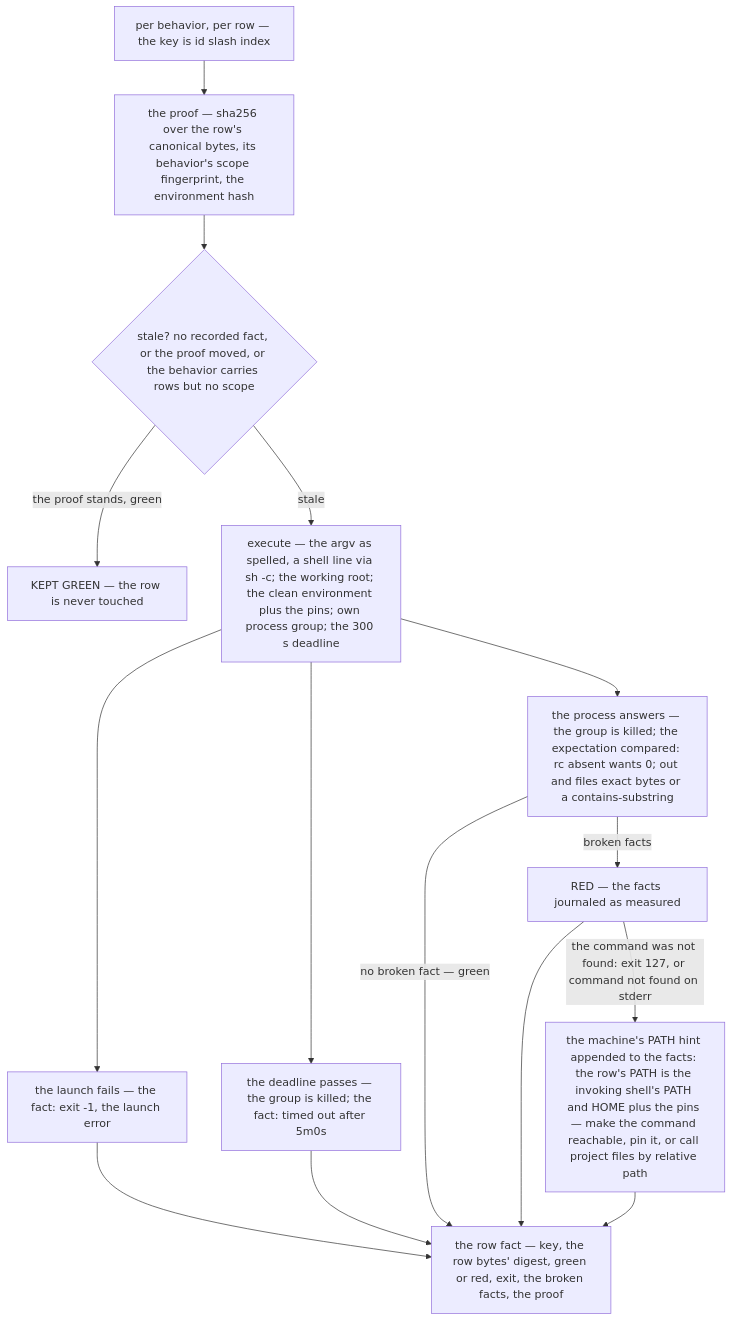
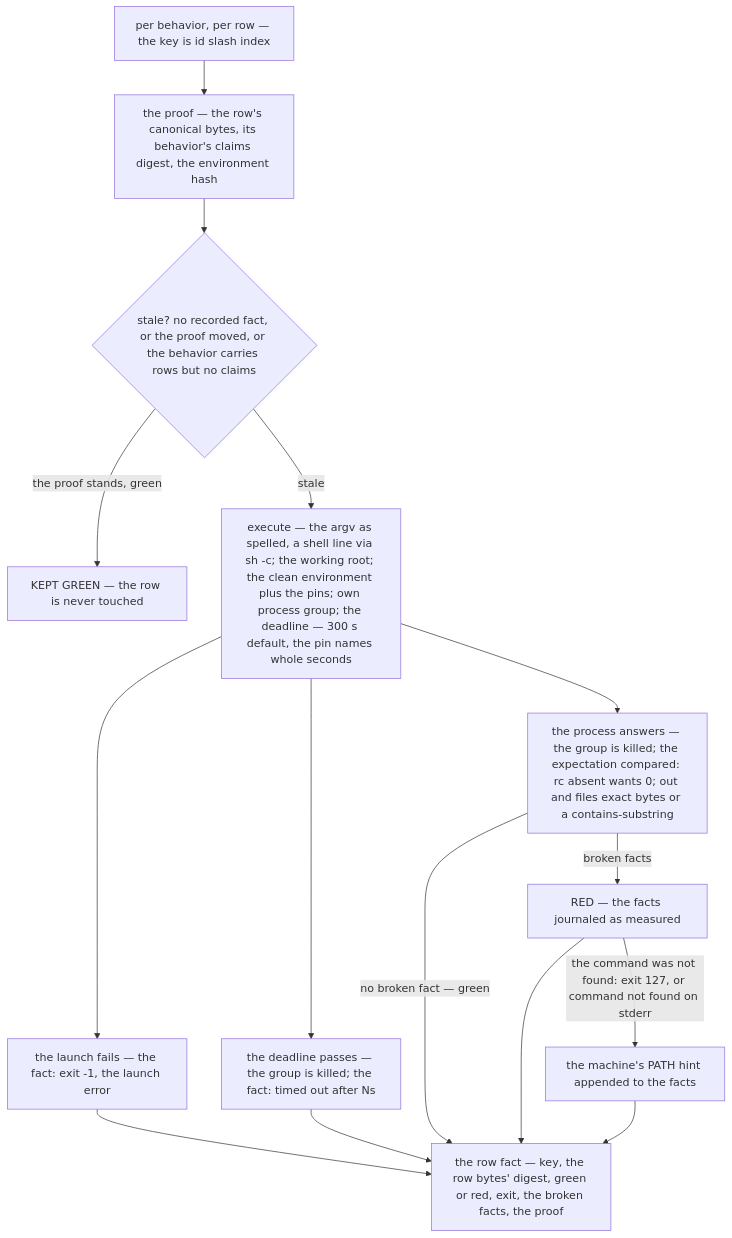
Before and after one commit to neurophant/punchtape: the sixth of 9 diagrams in docs/ARCHITECTURE.md, drawn with Mermaid. The commit also changed other lines of this file and 80 other files, not shown here.

````diff
--- a/docs/ARCHITECTURE.md
+++ b/docs/ARCHITECTURE.md
@@ -393,17 +552,17 @@
 ```mermaid
 flowchart TD
-    K["per behavior, per row — the key is id slash index"] --> P["the proof — sha256 over the row's canonical bytes, its behavior's scope fingerprint, the environment hash"]
-    P --> Q{"stale? no recorded fact, or the proof moved, or the behavior carries rows but no scope"}
+    K["per behavior, per row — the key is id slash index"] --> P["the proof — the row's canonical bytes, its behavior's claims digest, the environment hash"]
+    P --> Q{"stale? no recorded fact, or the proof moved, or the behavior carries rows but no claims"}
     Q -- "the proof stands, green" --> KG["KEPT GREEN — the row is never touched"]
-    Q -- "stale" --> EX["execute — the argv as spelled, a shell line via sh -c; the working root; the clean environment plus the pins; own process group; the 300 s deadline"]
+    Q -- "stale" --> EX["execute — the argv as spelled, a shell line via sh -c; the working root; the clean environment plus the pins; own process group; the deadline — 300 s default, the pin names whole seconds"]
     EX --> O1["the launch fails — the fact: exit -1, the launch error"]
-    EX --> O2["the deadline passes — the group is killed; the fact: timed out after 5m0s"]
+    EX --> O2["the deadline passes — the group is killed; the fact: timed out after Ns"]
     EX --> O3["the process answers — the group is killed; the expectation compared: rc absent wants 0; out and files exact bytes or a contains-substring"]
     O1 --> F["the row fact — key, the row bytes' digest, green or red, exit, the broken facts, the proof"]
     O2 --> F
     O3 -- "no broken fact — green" --> F
     O3 -- "broken facts" --> RD["RED — the facts journaled as measured"]
     RD --> F
-    RD -- "the command was not found: exit 127, or command not found on stderr" --> HN["the machine's PATH hint appended to the facts: the row's PATH is the invoking shell's PATH and HOME plus the pins — make the command reachable, pin it, or call project files by relative path"]
+    RD -- "the command was not found: exit 127, or command not found on stderr" --> HN["the machine's PATH hint appended to the facts"]
     HN --> F
 ```
````
